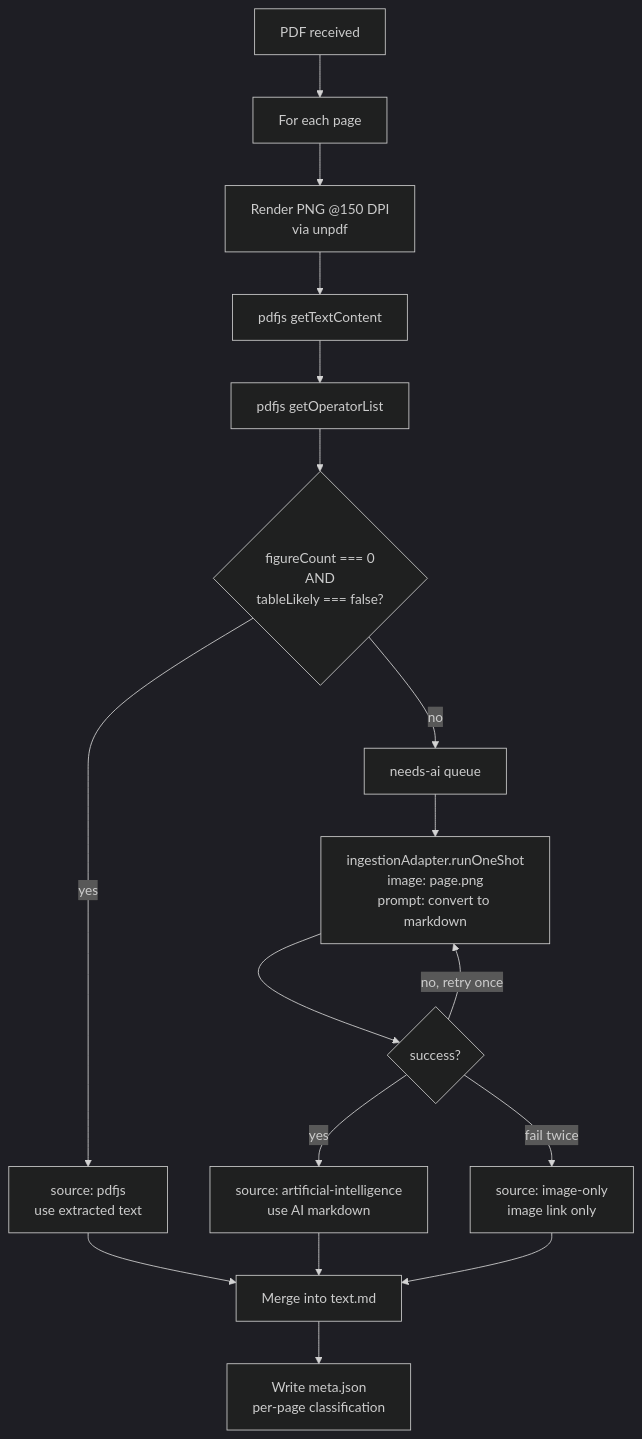
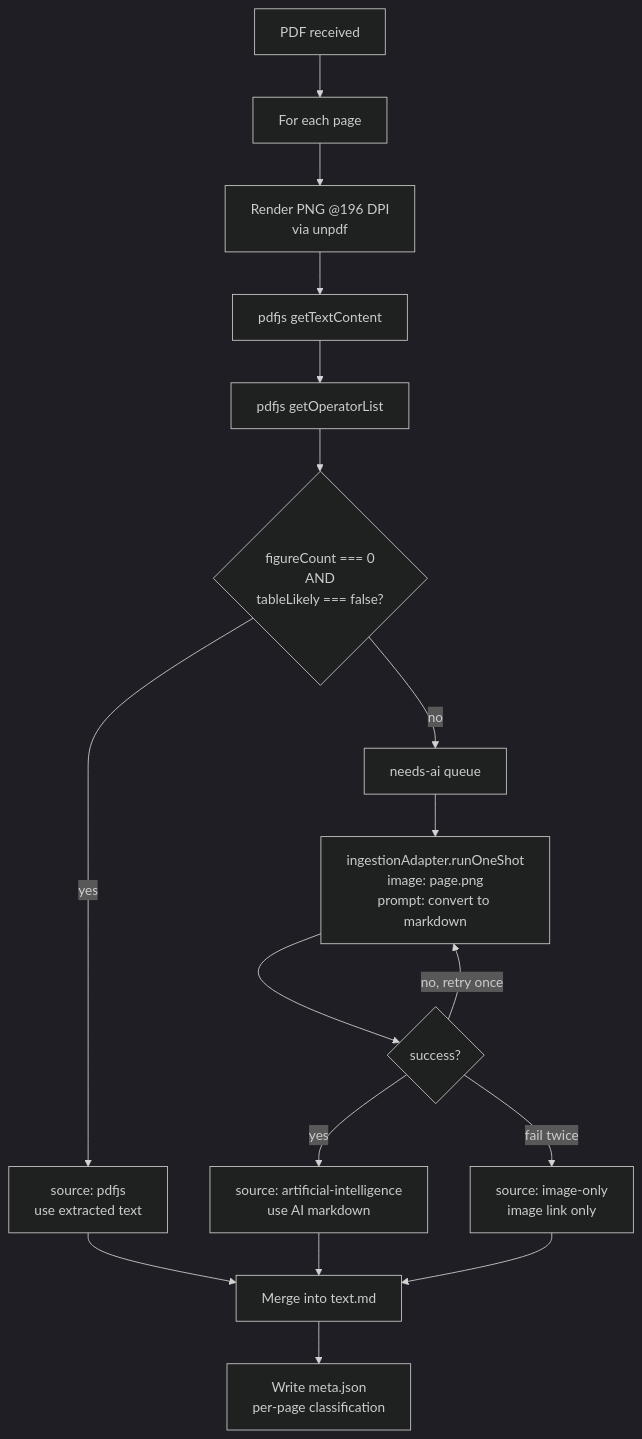
The second of 5 diagrams in docs/design-kb-ingestion-hybrid.md (daronyondem/agent-cockpit), drawn with Mermaid (dark theme) before and after one commit. The commit also changed other lines of this file and 5 other files, not shown here.

````diff
--- a/docs/design-kb-ingestion-hybrid.md
+++ b/docs/design-kb-ingestion-hybrid.md
@@ -80,23 +80,23 @@
 ```mermaid
 flowchart TD
     Start[PDF received] --> ForEachPage[For each page]
-    ForEachPage --> Render[Render PNG @150 DPI<br/>via unpdf]
+    ForEachPage --> Render[Render PNG @196 DPI<br/>via unpdf]
     Render --> ExtractText[pdfjs getTextContent]
     ExtractText --> Probe[pdfjs getOperatorList]
     Probe --> Classify{figureCount === 0<br/>AND<br/>tableLikely === false?}
 
     Classify -->|yes| SafeText[source: pdfjs<br/>use extracted text]
     Classify -->|no| NeedsAI[needs-ai queue]
 
     NeedsAI --> AICall[ingestionAdapter.runOneShot<br/>image: page.png<br/>prompt: convert to markdown]
     AICall --> AIOk{success?}
     AIOk -->|yes| AIResult[source: artificial-intelligence<br/>use AI markdown]
     AIOk -->|no, retry once| AICall
     AIOk -->|fail twice| ImageOnly[source: image-only<br/>image link only]
 
     SafeText --> Merge[Merge into text.md]
     AIResult --> Merge
     ImageOnly --> Merge
 
     Merge --> WriteMeta[Write meta.json<br/>per-page classification]
 ```
````
